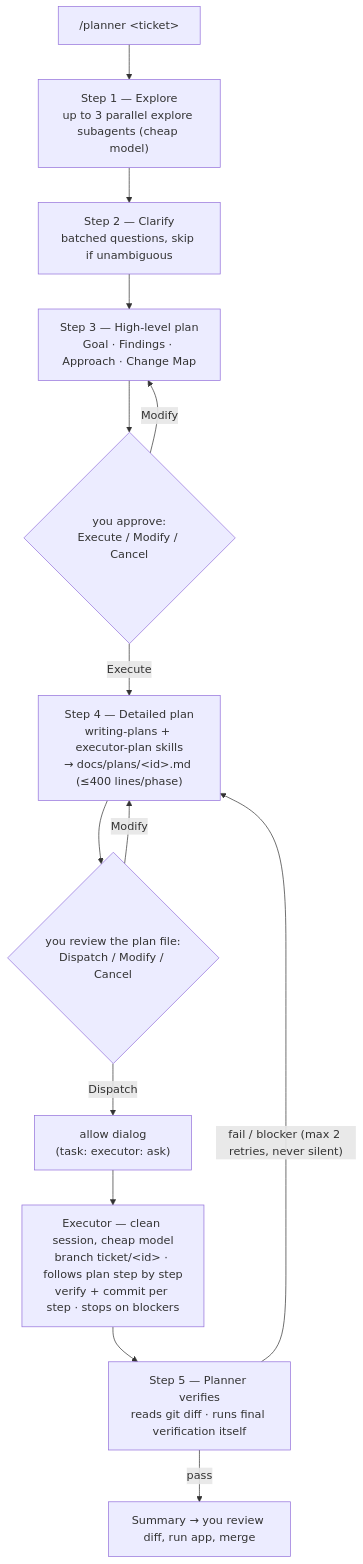
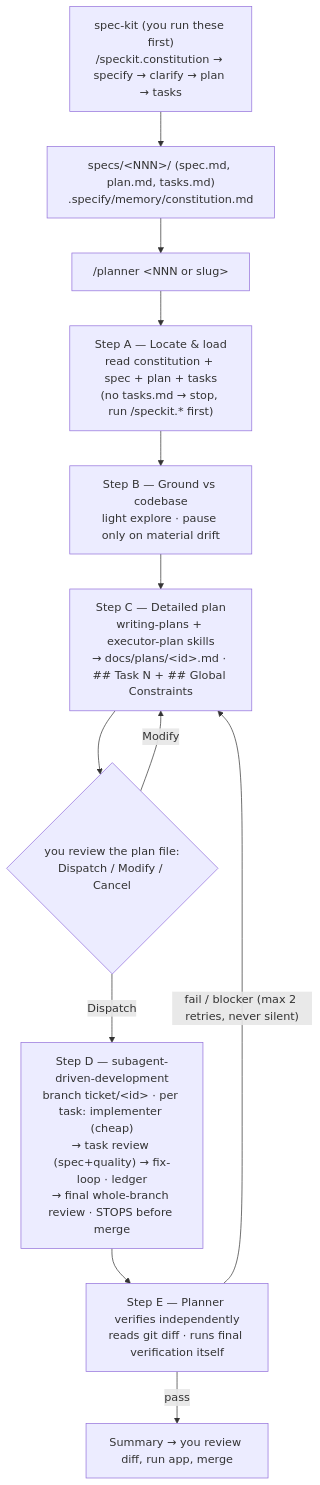
One commit to thanhnguyen293/planexec changed the diagram in README.md. Above: the diagram before and after it, drawn with Mermaid. The commit also changed other lines of this file and 14 other files, not shown here.

````diff
--- a/README.md
+++ b/README.md
@@ -13,16 +27,14 @@
 ```mermaid
 flowchart TD
-    A["/planner &lt;ticket&gt;"] --> B["Step 1 — Explore<br/>up to 3 parallel explore subagents (cheap model)"]
-    B --> C["Step 2 — Clarify<br/>batched questions, skip if unambiguous"]
-    C --> D["Step 3 — High-level plan<br/>Goal · Findings · Approach · Change Map"]
-    D --> G1{"you approve:<br/>Execute / Modify / Cancel"}
-    G1 -- Modify --> D
-    G1 -- Execute --> E["Step 4 — Detailed plan<br/>writing-plans + executor-plan skills<br/>→ docs/plans/&lt;id&gt;.md (≤400 lines/phase)"]
-    E --> G2{"you review the plan file:<br/>Dispatch / Modify / Cancel"}
-    G2 -- Modify --> E
-    G2 -- Dispatch --> G3["allow dialog<br/>(task: executor: ask)"]
-    G3 --> X["Executor — clean session, cheap model<br/>branch ticket/&lt;id&gt; · follows plan step by step<br/>verify + commit per step · stops on blockers"]
-    X --> V["Step 5 — Planner verifies<br/>reads git diff · runs final verification itself"]
-    V -- "fail / blocker (max 2 retries, never silent)" --> E
+    S["spec-kit (you run these first)<br/>/speckit.constitution → specify → clarify → plan → tasks"] --> SP["specs/&lt;NNN&gt;/ (spec.md, plan.md, tasks.md)<br/>.specify/memory/constitution.md"]
+    SP --> A["/planner &lt;NNN or slug&gt;"]
+    A --> B["Step A — Locate &amp; load<br/>read constitution + spec + plan + tasks<br/>(no tasks.md → stop, run /speckit.* first)"]
+    B --> C["Step B — Ground vs codebase<br/>light explore · pause only on material drift"]
+    C --> D["Step C — Detailed plan<br/>writing-plans + executor-plan skills<br/>→ docs/plans/&lt;id&gt;.md · ## Task N + ## Global Constraints"]
+    D --> G{"you review the plan file:<br/>Dispatch / Modify / Cancel"}
+    G -- Modify --> D
+    G -- Dispatch --> X["Step D — subagent-driven-development<br/>branch ticket/&lt;id&gt; · per task: implementer (cheap)<br/>→ task review (spec+quality) → fix-loop · ledger<br/>→ final whole-branch review · STOPS before merge"]
+    X --> V["Step E — Planner verifies independently<br/>reads git diff · runs final verification itself"]
+    V -- "fail / blocker (max 2 retries, never silent)" --> D
     V -- pass --> Z["Summary → you review diff, run app, merge"]
 ```
````
